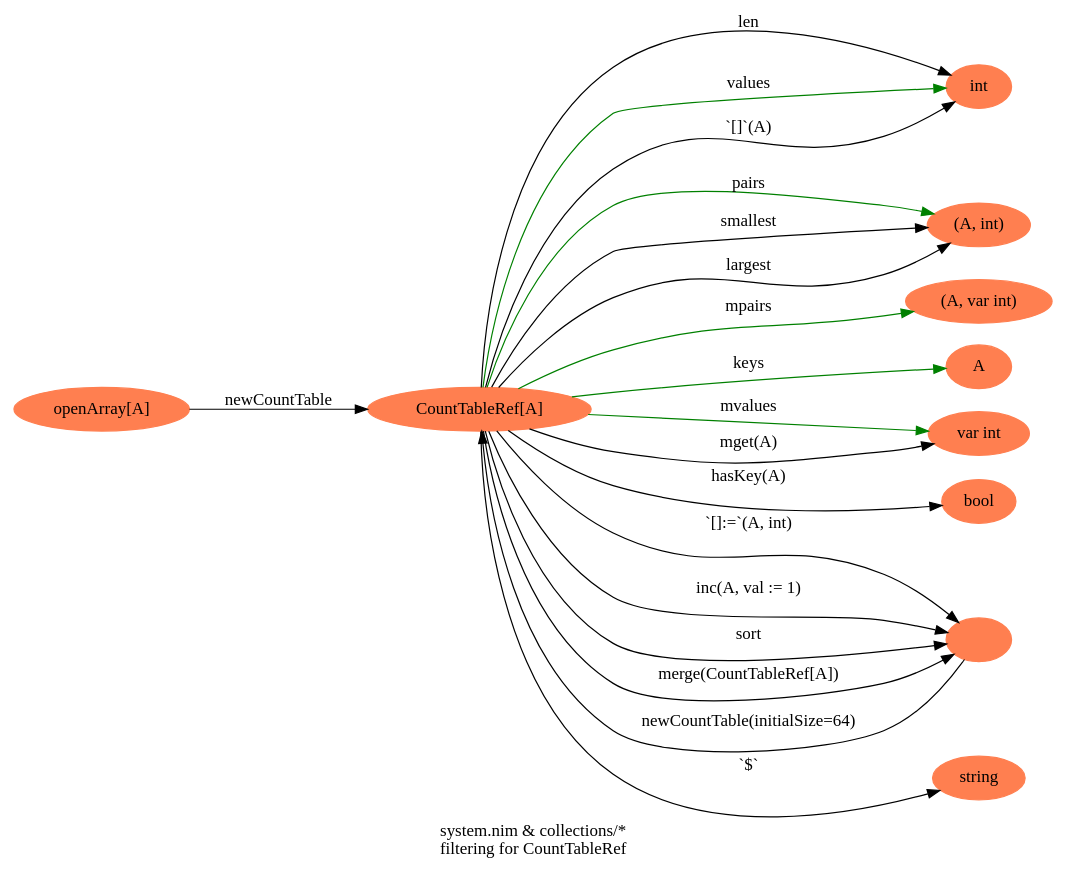
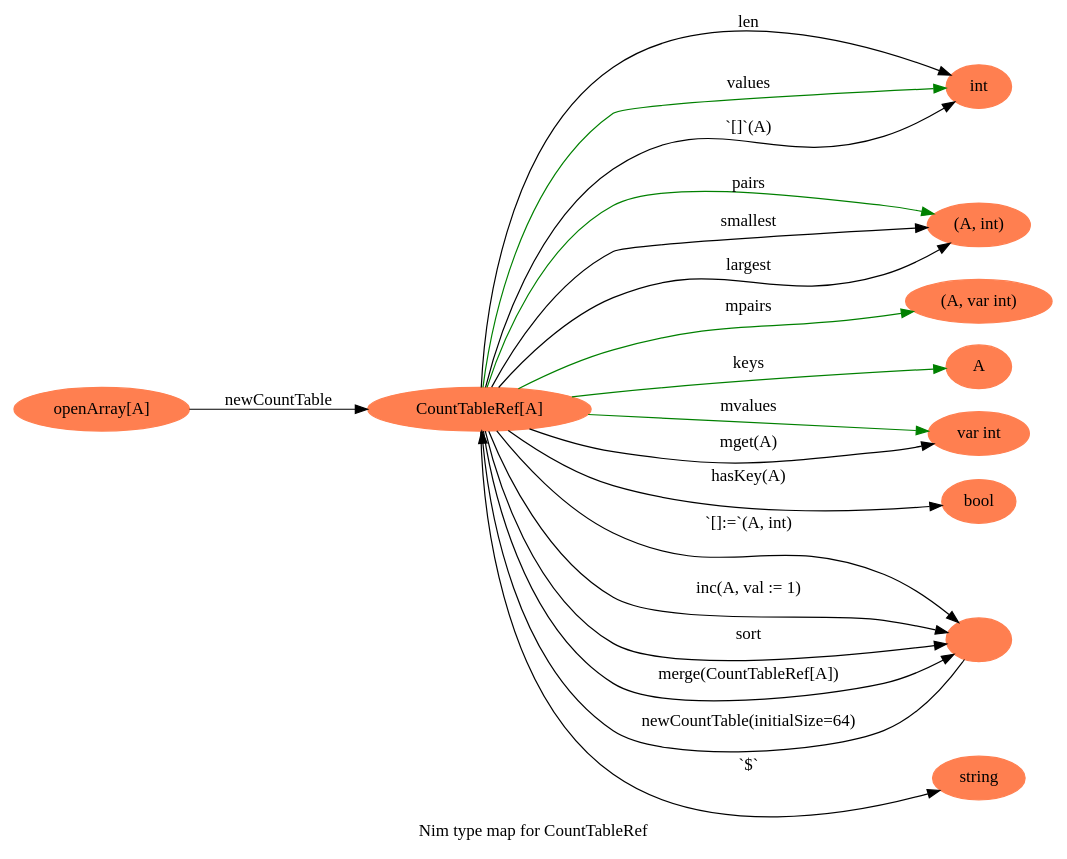
One commit to petermora/nimDot changed the diagram in output/CountTableRef.dot. Above: the diagram before and after it, drawn with Graphviz. The commit also changed 31 other files, not shown here.

```diff
--- a/output/CountTableRef.dot
+++ b/output/CountTableRef.dot
@@ -1,35 +1,34 @@
 digraph {
 graph [
-label = "system.nim & collections/*
-filtering for CountTableRef";
+label = "Nim type map for CountTableRef";
 rankdir=LR;
 ];
 node[color=coral, style=filled, label="CountTableRef[A]" ] N0;
 node[color=coral, style=filled, label="int" ] N1;
 N0 -> N1 [color="", label="len" ];
 node[color=coral, style=filled, label="(A, int)" ] N2;
 N0 -> N2 [color="green", label="pairs" ];
 node[color=coral, style=filled, label="(A, var int)" ] N3;
 N0 -> N3 [color="green", label="mpairs" ];
 node[color=coral, style=filled, label="A" ] N4;
 N0 -> N4 [color="green", label="keys" ];
 N0 -> N1 [color="green", label="values" ];
 node[color=coral, style=filled, label="var int" ] N5;
 N0 -> N5 [color="green", label="mvalues" ];
 N0 -> N1 [color="", label="`[]`(A)" ];
 N0 -> N5 [color="", label="mget(A)" ];
 node[color=coral, style=filled, label="bool" ] N6;
 N0 -> N6 [color="", label="hasKey(A)" ];
 node[color=coral, style=filled, label="" ] N7;
 N0 -> N7 [color="", label="`[]:=`(A, int)" ];
 N7 -> N0 [color="", label="newCountTable(initialSize=64)" ];
 node[color=coral, style=filled, label="openArray[A]" ] N8;
 N8 -> N0 [color="", label="newCountTable" ];
 node[color=coral, style=filled, label="string" ] N9;
 N0 -> N9 [color="", label="`$`" ];
 N0 -> N7 [color="", label="inc(A, val := 1)" ];
 N0 -> N2 [color="", label="smallest" ];
 N0 -> N2 [color="", label="largest" ];
 N0 -> N7 [color="", label="sort" ];
 N0 -> N7 [color="", label="merge(CountTableRef[A])" ];
 }
```
